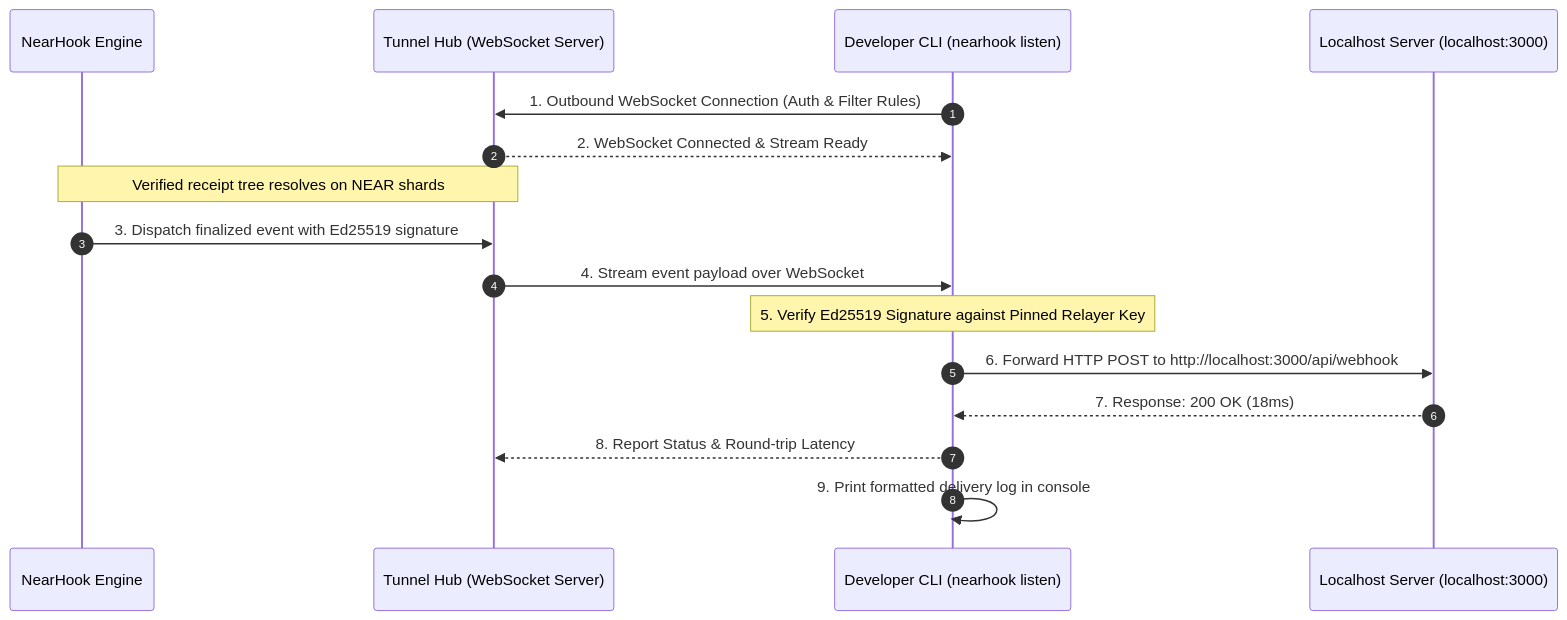
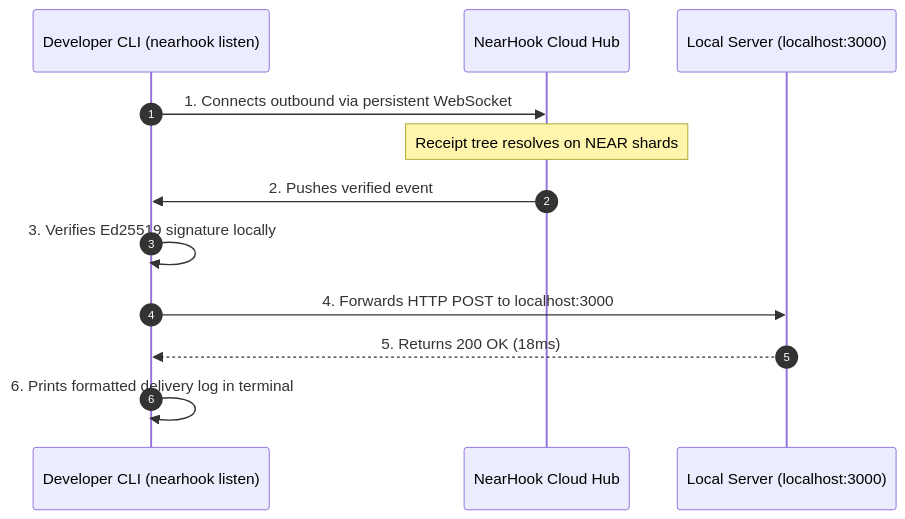
The sixth of 6 diagrams in whitepaper.md (Team-Managed/NEARHook), drawn with Mermaid before and after one commit. The commit also changed other lines of this file, not shown here.

Commit message:
docs: clarify receipt stitching, omnichain ingress, and zero-config tunneling in whitepaper

````diff
--- a/whitepaper.md
+++ b/whitepaper.md
@@ -270,19 +179,15 @@
 ```mermaid
 sequenceDiagram
     autonumber
-    participant Engine as NearHook Engine
-    participant Hub as Tunnel Hub (WebSocket Server)
     participant CLI as Developer CLI (nearhook listen)
-    participant Local as Localhost Server (localhost:3000)
+    participant Hub as NearHook Cloud Hub
+    participant Local as Local Server (localhost:3000)
 
-    CLI->>Hub: 1. Outbound WebSocket Connection (Auth & Filter Rules)
-    Hub-->>CLI: 2. WebSocket Connected & Stream Ready
-    Note over Engine,Hub: Verified receipt tree resolves on NEAR shards
-    Engine->>Hub: 3. Dispatch finalized event with Ed25519 signature
-    Hub->>CLI: 4. Stream event payload over WebSocket
-    Note over CLI: 5. Verify Ed25519 Signature against Pinned Relayer Key
-    CLI->>Local: 6. Forward HTTP POST to http://localhost:3000/api/webhook
-    Local-->>CLI: 7. Response: 200 OK (18ms)
-    CLI-->>Hub: 8. Report Status & Round-trip Latency
-    CLI->>CLI: 9. Print formatted delivery log in console
+    CLI->>Hub: 1. Connects outbound via persistent WebSocket
+    Note over Hub: Receipt tree resolves on NEAR shards
+    Hub->>CLI: 2. Pushes verified event
+    CLI->>CLI: 3. Verifies Ed25519 signature locally
+    CLI->>Local: 4. Forwards HTTP POST to localhost:3000
+    Local-->>CLI: 5. Returns 200 OK (18ms)
+    CLI->>CLI: 6. Prints formatted delivery log in terminal
 ```
````
